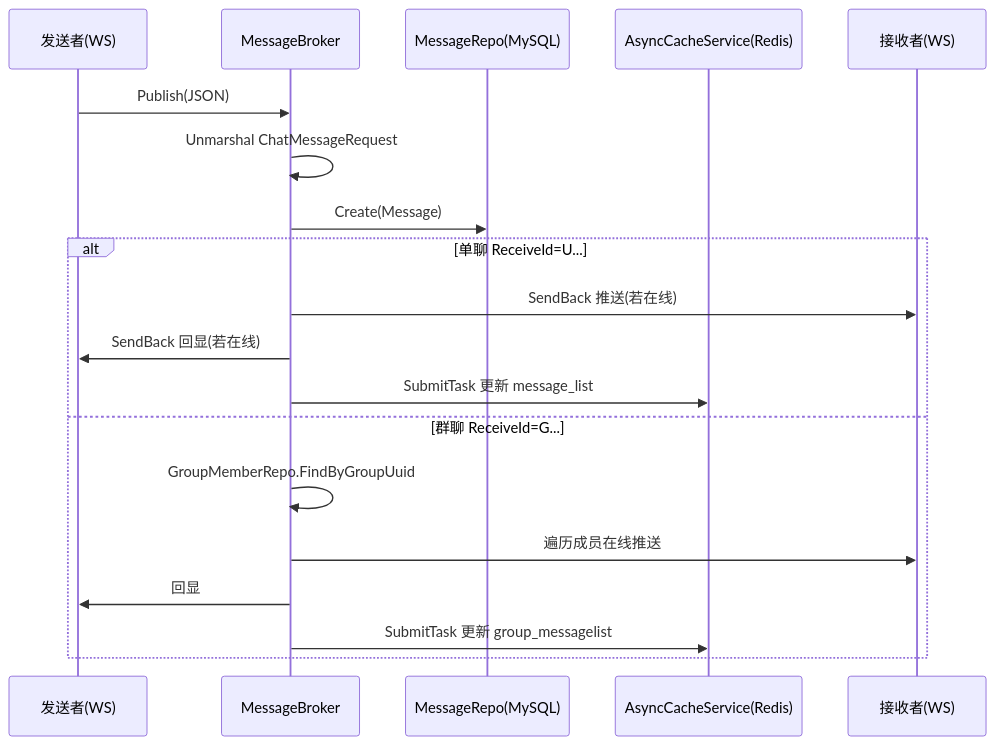
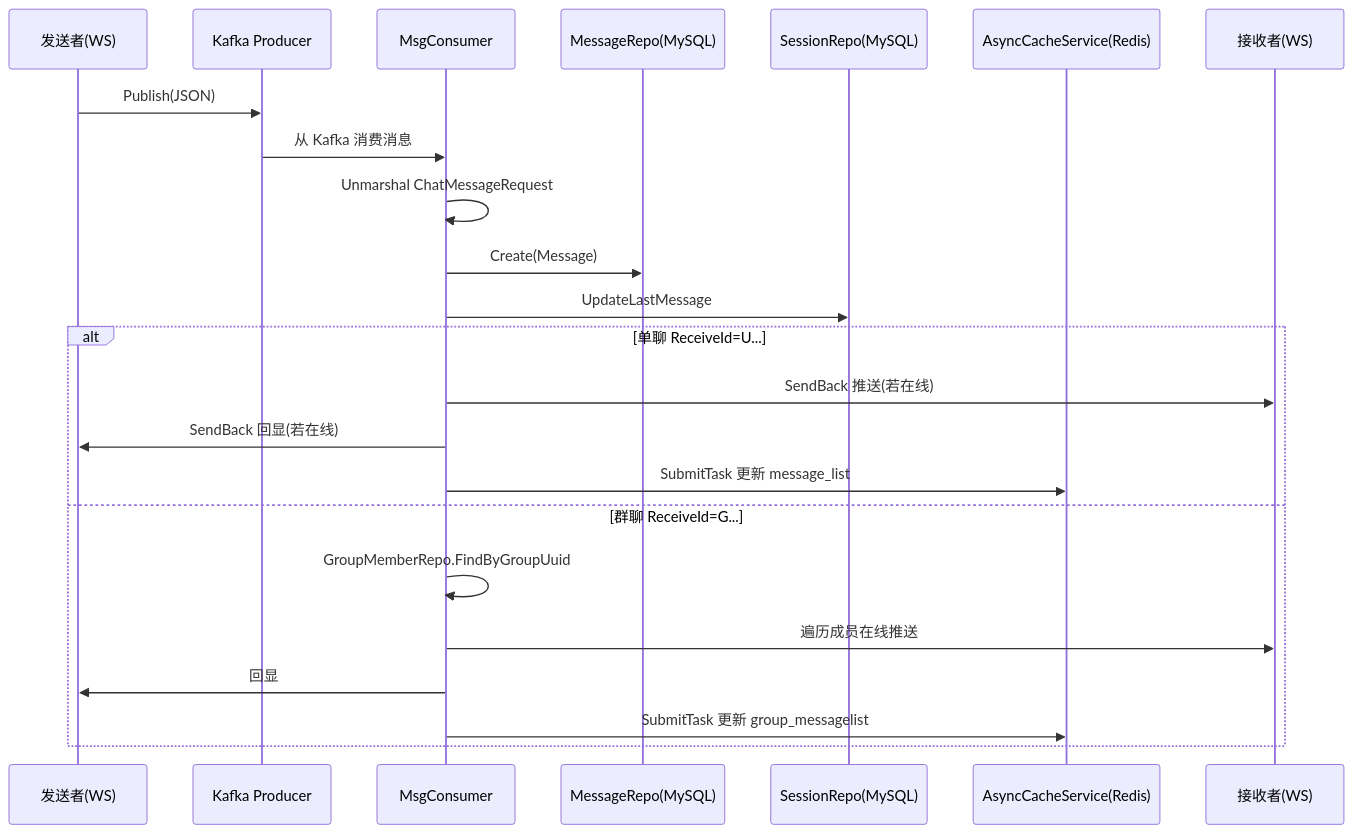
Before and after one commit to liusonglei796/chat-server: the diagram in tutorial/17_单聊与群聊消息处理.md, drawn with Mermaid. The commit also changed other lines of this file and 3 other files, not shown here.

````diff
--- a/tutorial/17_单聊与群聊消息处理.md
+++ b/tutorial/17_单聊与群聊消息处理.md
@@ -31,23 +34,27 @@
 ```mermaid
 sequenceDiagram
     participant Sender as 发送者(WS)
-    participant Broker as MessageBroker
+    participant Kafka as Kafka Producer
+    participant Consumer as MsgConsumer
     participant Repo as MessageRepo(MySQL)
+    participant SessionRepo as SessionRepo(MySQL)
     participant Cache as AsyncCacheService(Redis)
     participant Receiver as 接收者(WS)
 
-    Sender->>Broker: Publish(JSON)
-    Broker->>Broker: Unmarshal ChatMessageRequest
-    Broker->>Repo: Create(Message)
+    Sender->>Kafka: Publish(JSON)
+    Kafka->>Consumer: 从 Kafka 消费消息
+    Consumer->>Consumer: Unmarshal ChatMessageRequest
+    Consumer->>Repo: Create(Message)
+    Consumer->>SessionRepo: UpdateLastMessage
 
     alt 单聊 ReceiveId=U...
-        Broker->>Receiver: SendBack 推送(若在线)
-        Broker->>Sender: SendBack 回显(若在线)
-        Broker->>Cache: SubmitTask 更新 message_list
+        Consumer->>Receiver: SendBack 推送(若在线)
+        Consumer->>Sender: SendBack 回显(若在线)
+        Consumer->>Cache: SubmitTask 更新 message_list
     else 群聊 ReceiveId=G...
-        Broker->>Broker: GroupMemberRepo.FindByGroupUuid
-        Broker->>Receiver: 遍历成员在线推送
-        Broker->>Sender: 回显
-        Broker->>Cache: SubmitTask 更新 group_messagelist
+        Consumer->>Consumer: GroupMemberRepo.FindByGroupUuid
+        Consumer->>Receiver: 遍历成员在线推送
+        Consumer->>Sender: 回显
+        Consumer->>Cache: SubmitTask 更新 group_messagelist
     end
 ```
````
